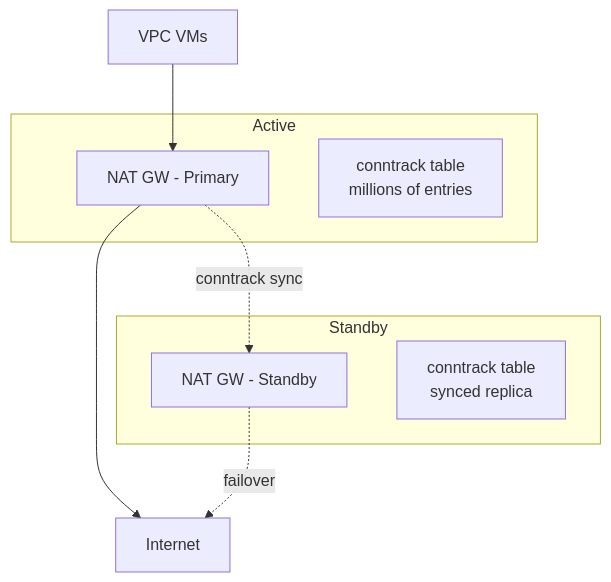
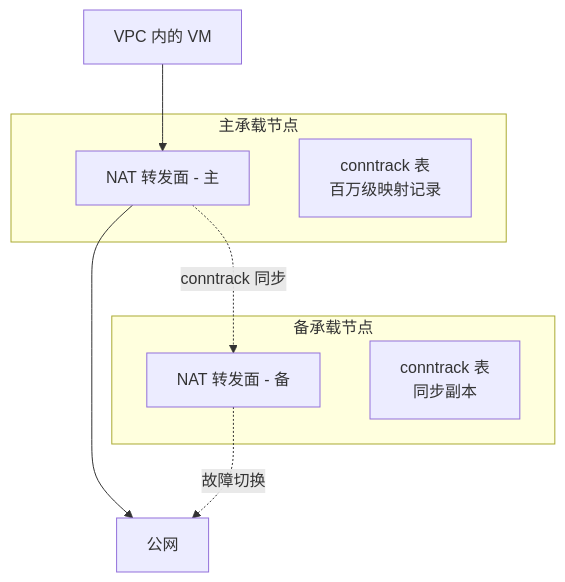
The fourth of 4 diagrams in docs/13.VM要上网NAT网关的诞生.md (caozhiyi/network-book), drawn with Mermaid before and after one commit. The commit also changed other lines of this file and 77 other files, not shown here.

````diff
--- a/docs/13.VM要上网NAT网关的诞生.md
+++ b/docs/13.VM要上网NAT网关的诞生.md
@@ -206,15 +354,15 @@
 ```mermaid
 graph TB
-    subgraph Active
-        NAT1[NAT GW - Primary]
-        CT1[conntrack table<br/>millions of entries]
+    subgraph 主承载节点
+        NAT1[NAT 转发面 - 主]
+        CT1[conntrack 表<br/>百万级映射记录]
     end
-    subgraph Standby
-        NAT2[NAT GW - Standby]
-        CT2[conntrack table<br/>synced replica]
+    subgraph 备承载节点
+        NAT2[NAT 转发面 - 备]
+        CT2[conntrack 表<br/>同步副本]
     end
-    NAT1 -.->|conntrack sync| NAT2
-    VM[VPC VMs] --> NAT1
-    NAT1 --> INET[Internet]
-    NAT2 -.->|failover| INET
+    NAT1 -.->|conntrack 同步| NAT2
+    VM[VPC 内的 VM] --> NAT1
+    NAT1 --> INET[公网]
+    NAT2 -.->|故障切换| INET
 ```
````
